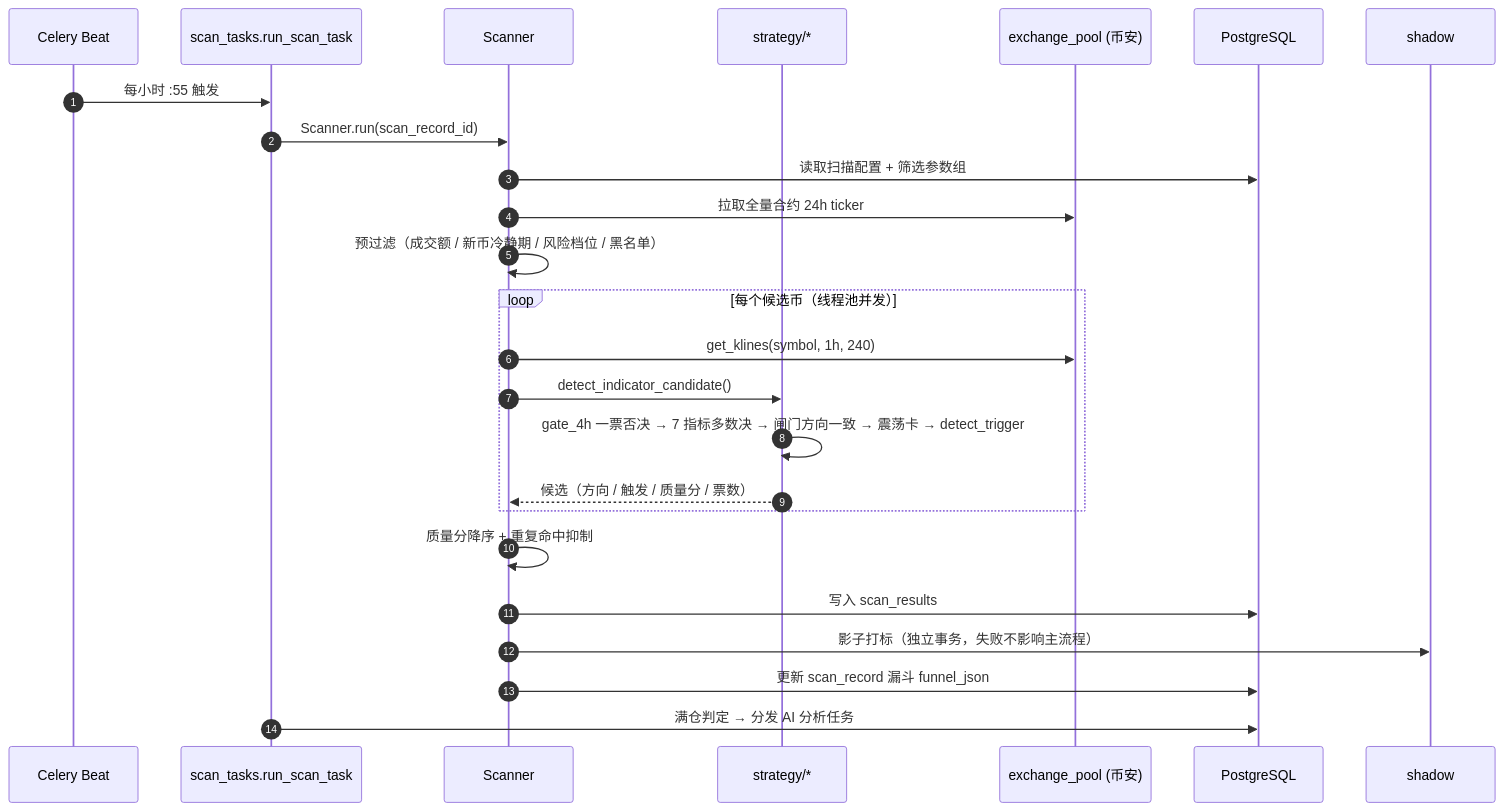
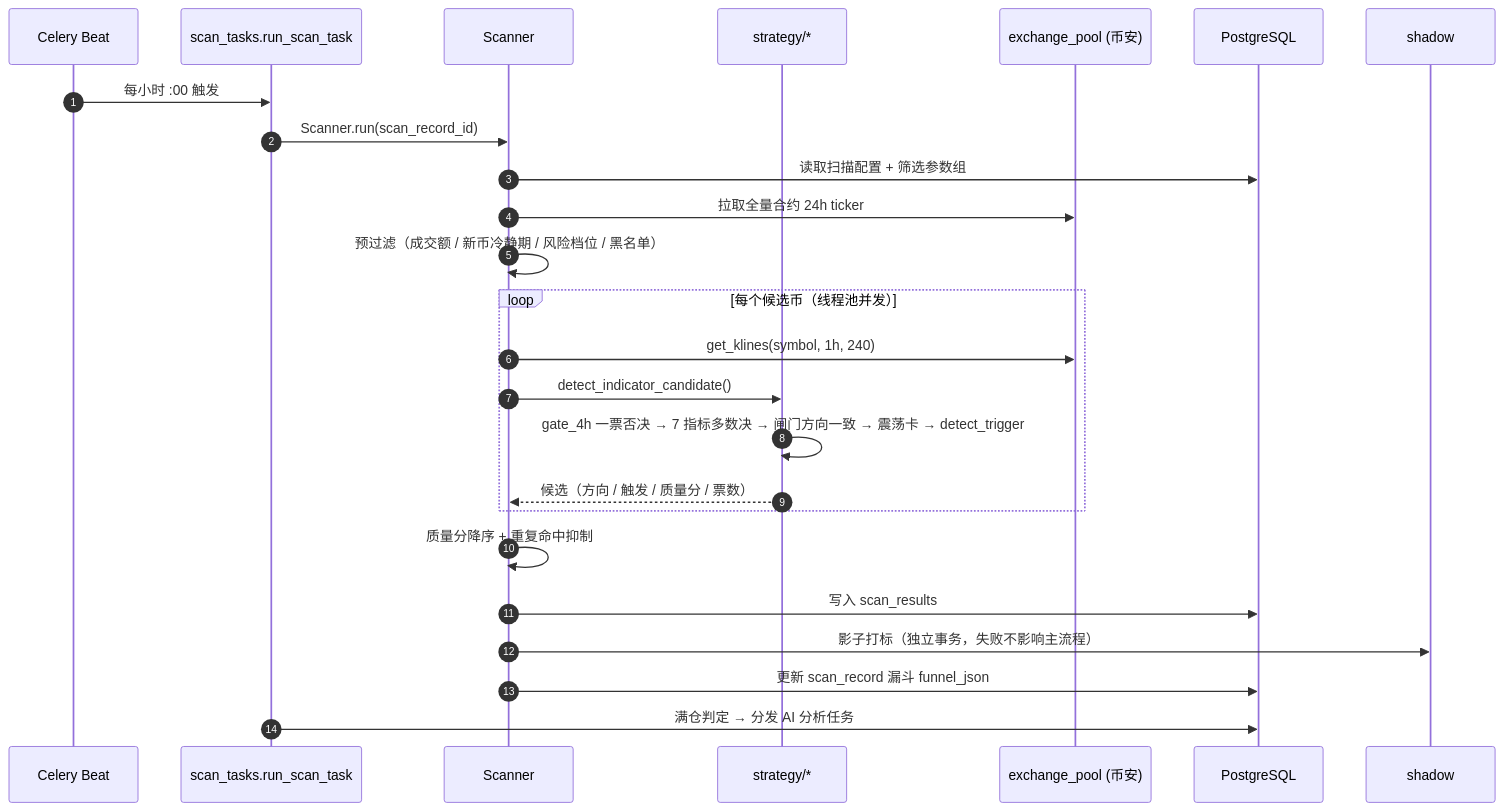
Before and after one commit to wwei-github/trading-workbench: the third of 13 diagrams in frontend/src/assets/CODE_WIKI.md, drawn with Mermaid. The commit also changed other lines of this file and 6 other files, not shown here.

````diff
--- a/frontend/src/assets/CODE_WIKI.md
+++ b/frontend/src/assets/CODE_WIKI.md
@@ -638,28 +638,28 @@
 ```mermaid
 sequenceDiagram
     autonumber
     participant Beat as Celery Beat
     participant Task as scan_tasks.run_scan_task
     participant SC as Scanner
     participant ST as strategy/*
     participant EX as exchange_pool (币安)
     participant DB as PostgreSQL
     participant SH as shadow
 
-    Beat->>Task: 每小时 :55 触发
+    Beat->>Task: 每小时 :00 触发
     Task->>SC: Scanner.run(scan_record_id)
     SC->>DB: 读取扫描配置 + 筛选参数组
     SC->>EX: 拉取全量合约 24h ticker
     SC->>SC: 预过滤（成交额 / 新币冷静期 / 风险档位 / 黑名单）
     loop 每个候选币（线程池并发）
         SC->>EX: get_klines(symbol, 1h, 240)
         SC->>ST: detect_indicator_candidate()
         ST->>ST: gate_4h 一票否决 → 7 指标多数决 → 闸门方向一致 → 震荡卡 → detect_trigger
         ST-->>SC: 候选（方向 / 触发 / 质量分 / 票数）
     end
     SC->>SC: 质量分降序 + 重复命中抑制
     SC->>DB: 写入 scan_results
     SC->>SH: 影子打标（独立事务，失败不影响主流程）
     SC->>DB: 更新 scan_record 漏斗 funnel_json
     Task->>DB: 满仓判定 → 分发 AI 分析任务
 ```
````
